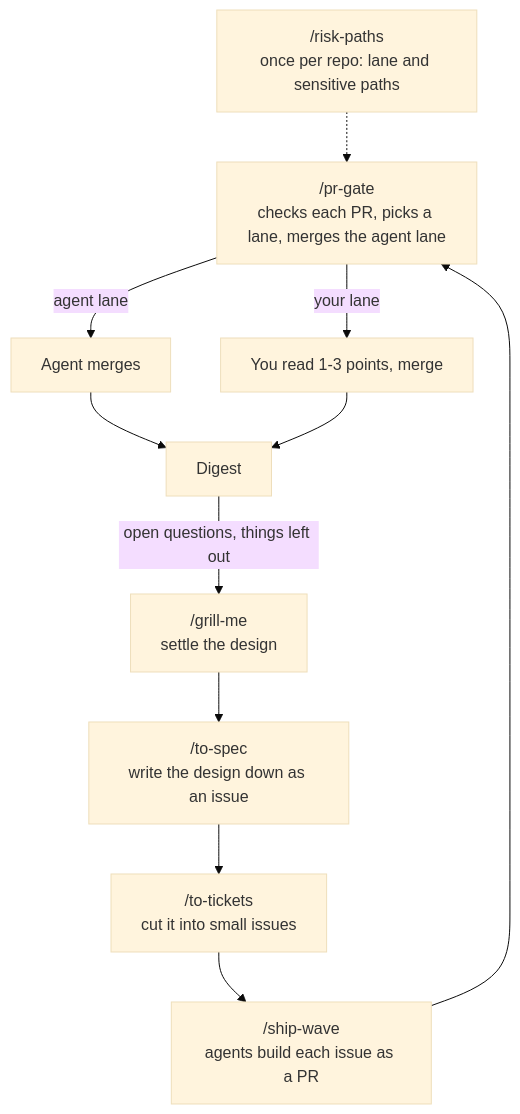
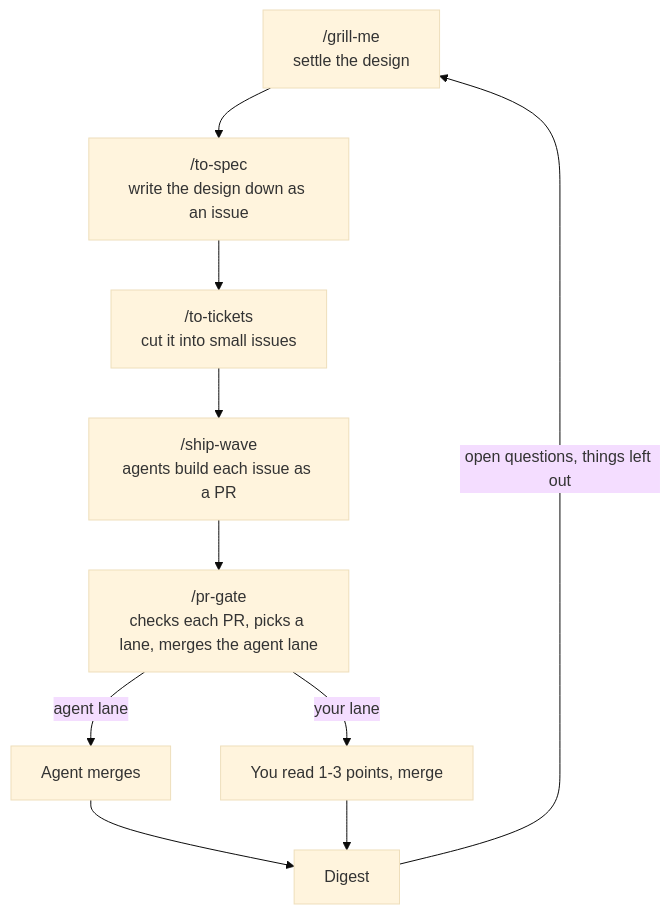
The diagram in README.md (freshmick/agent-skills), drawn with Mermaid (base theme) before and after one commit. The commit also changed other lines of this file, not shown here.

Commit message:
README: keep the once-per-repo setup out of the flow chart

````diff
--- a/README.md
+++ b/README.md
@@ -26,14 +26,12 @@
 ```mermaid
 flowchart TD
-    R["/risk-paths<br/>once per repo: lane and sensitive paths"] -.-> D
-    A["/grill-me<br/>settle the design"]
-    A --> S["/to-spec<br/>write the design down as an issue"]
+    A["/grill-me<br/>settle the design"] --> S["/to-spec<br/>write the design down as an issue"]
     S --> B["/to-tickets<br/>cut it into small issues"]
     B --> C["/ship-wave<br/>agents build each issue as a PR"]
     C --> D["/pr-gate<br/>checks each PR, picks a lane, merges the agent lane"]
     D -->|agent lane| E[Agent merges]
     D -->|your lane| F[You read 1-3 points, merge]
     E --> G[Digest]
     F --> G
     G -->|open questions, things left out| A
 ```
````
